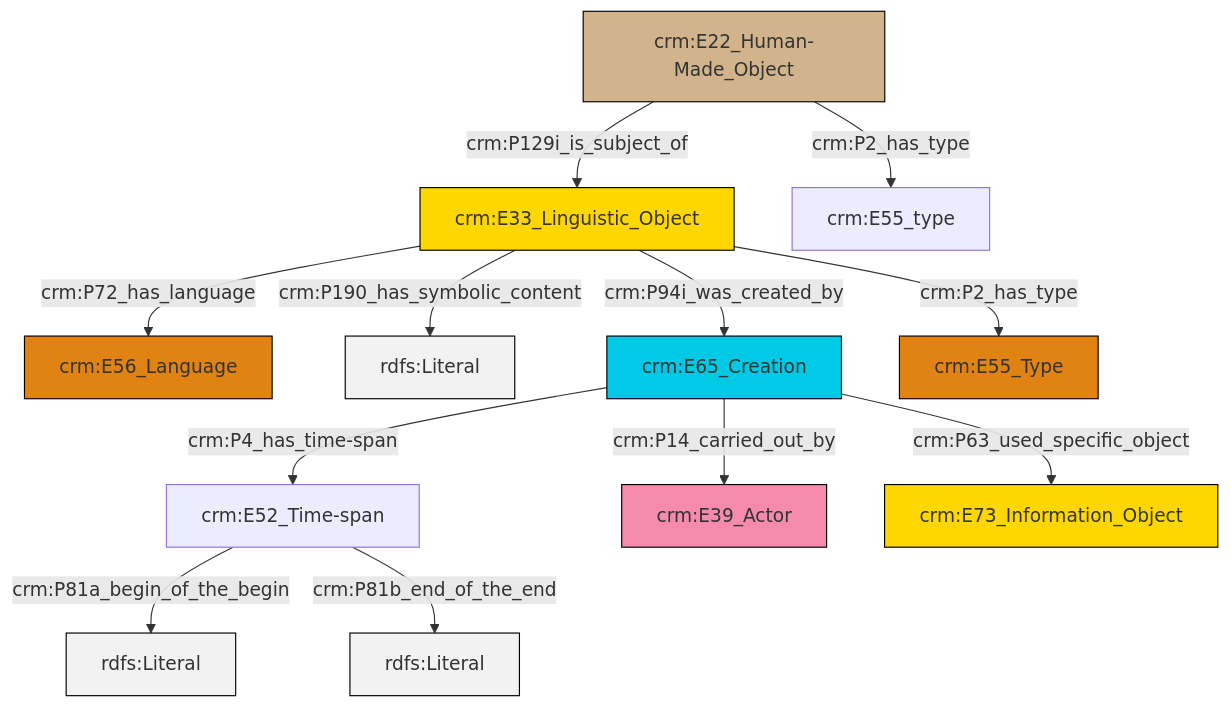
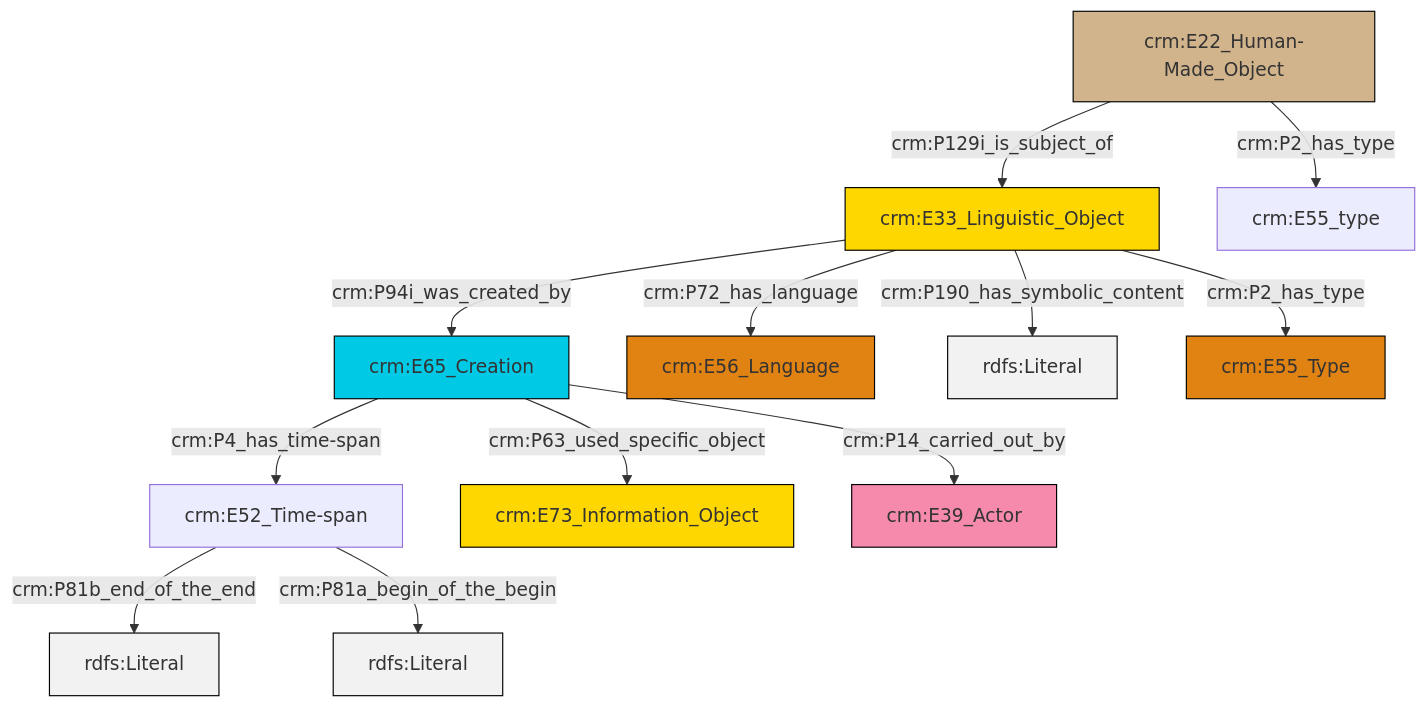
One commit to swiss-art-research-net/docs.swissartresearch changed the diagram in et/builtWorkCSV/ttl/mmd/Built_Work_description.ttl.mmd. Above: the diagram before and after it, drawn with Mermaid. The commit also changed 174 other files, not shown here.

```diff
--- a/et/builtWorkCSV/ttl/mmd/Built_Work_description.ttl.mmd
+++ b/et/builtWorkCSV/ttl/mmd/Built_Work_description.ttl.mmd
@@ -1,26 +1,26 @@
 graph TD
 classDef Literal fill:#f2f2f2,stroke:#000000;
 classDef CRM_Entity fill:#FFFFFF,stroke:#000000;
 classDef Temporal_Entity fill:#00C9E6, stroke:#000000;
 classDef Type fill:#E18312, stroke:#000000;
 classDef Time-Span fill:#2C9C91, stroke:#000000;
 classDef Appellation fill:#FFEB7F, stroke:#000000;
 classDef Place fill:#008836, stroke:#000000;
 classDef Persistent_Item fill:#B266B2, stroke:#000000;
 classDef Conceptual_Object fill:#FFD700, stroke:#000000;
 classDef Physical_Thing fill:#D2B48C, stroke:#000000;
 classDef Actor fill:#f58aad, stroke:#000000;
 classDef PC_Classes fill:#4ce600, stroke:#000000;
 classDef Multi fill:#cccccc,stroke:#000000;
 
-0["crm:E33_Linguistic_Object"]:::Conceptual_Object -->|crm:P72_has_language| 1["crm:E56_Language"]:::Type
-2["crm:E52_Time-span"]:::Default -->|crm:P81a_begin_of_the_begin| 3[rdfs:Literal]:::Literal
-0["crm:E33_Linguistic_Object"]:::Conceptual_Object -->|crm:P190_has_symbolic_content| 6[rdfs:Literal]:::Literal
-7["crm:E65_Creation"]:::Temporal_Entity -->|crm:P14_carried_out_by| 4["crm:E39_Actor"]:::Actor
-7["crm:E65_Creation"]:::Temporal_Entity -->|crm:P4_has_time-span| 2["crm:E52_Time-span"]:::Default
-7["crm:E65_Creation"]:::Temporal_Entity -->|crm:P63_used_specific_object| 10["crm:E73_Information_Object"]:::Conceptual_Object
-8["crm:E22_Human-Made_Object"]:::Physical_Thing -->|crm:P129i_is_subject_of| 0["crm:E33_Linguistic_Object"]:::Conceptual_Object
-0["crm:E33_Linguistic_Object"]:::Conceptual_Object -->|crm:P94i_was_created_by| 7["crm:E65_Creation"]:::Temporal_Entity
-0["crm:E33_Linguistic_Object"]:::Conceptual_Object -->|crm:P2_has_type| 13["crm:E55_Type"]:::Type
-8["crm:E22_Human-Made_Object"]:::Physical_Thing -->|crm:P2_has_type| 14["crm:E55_type"]:::Default
-2["crm:E52_Time-span"]:::Default -->|crm:P81b_end_of_the_end| 20[rdfs:Literal]:::Literal
+0["crm:E52_Time-span"]:::Default -->|crm:P81b_end_of_the_end| 1[rdfs:Literal]:::Literal
+2["crm:E33_Linguistic_Object"]:::Conceptual_Object -->|crm:P94i_was_created_by| 3["crm:E65_Creation"]:::Temporal_Entity
+0["crm:E52_Time-span"]:::Default -->|crm:P81a_begin_of_the_begin| 4[rdfs:Literal]:::Literal
+7["crm:E22_Human-Made_Object"]:::Physical_Thing -->|crm:P129i_is_subject_of| 2["crm:E33_Linguistic_Object"]:::Conceptual_Object
+2["crm:E33_Linguistic_Object"]:::Conceptual_Object -->|crm:P190_has_symbolic_content| 15[rdfs:Literal]:::Literal
+2["crm:E33_Linguistic_Object"]:::Conceptual_Object -->|crm:P72_has_language| 13["crm:E56_Language"]:::Type
+3["crm:E65_Creation"]:::Temporal_Entity -->|crm:P14_carried_out_by| 17["crm:E39_Actor"]:::Actor
+3["crm:E65_Creation"]:::Temporal_Entity -->|crm:P63_used_specific_object| 9["crm:E73_Information_Object"]:::Conceptual_Object
+2["crm:E33_Linguistic_Object"]:::Conceptual_Object -->|crm:P2_has_type| 19["crm:E55_Type"]:::Type
+7["crm:E22_Human-Made_Object"]:::Physical_Thing -->|crm:P2_has_type| 5["crm:E55_type"]:::Default
+3["crm:E65_Creation"]:::Temporal_Entity -->|crm:P4_has_time-span| 0["crm:E52_Time-span"]:::Default
```
